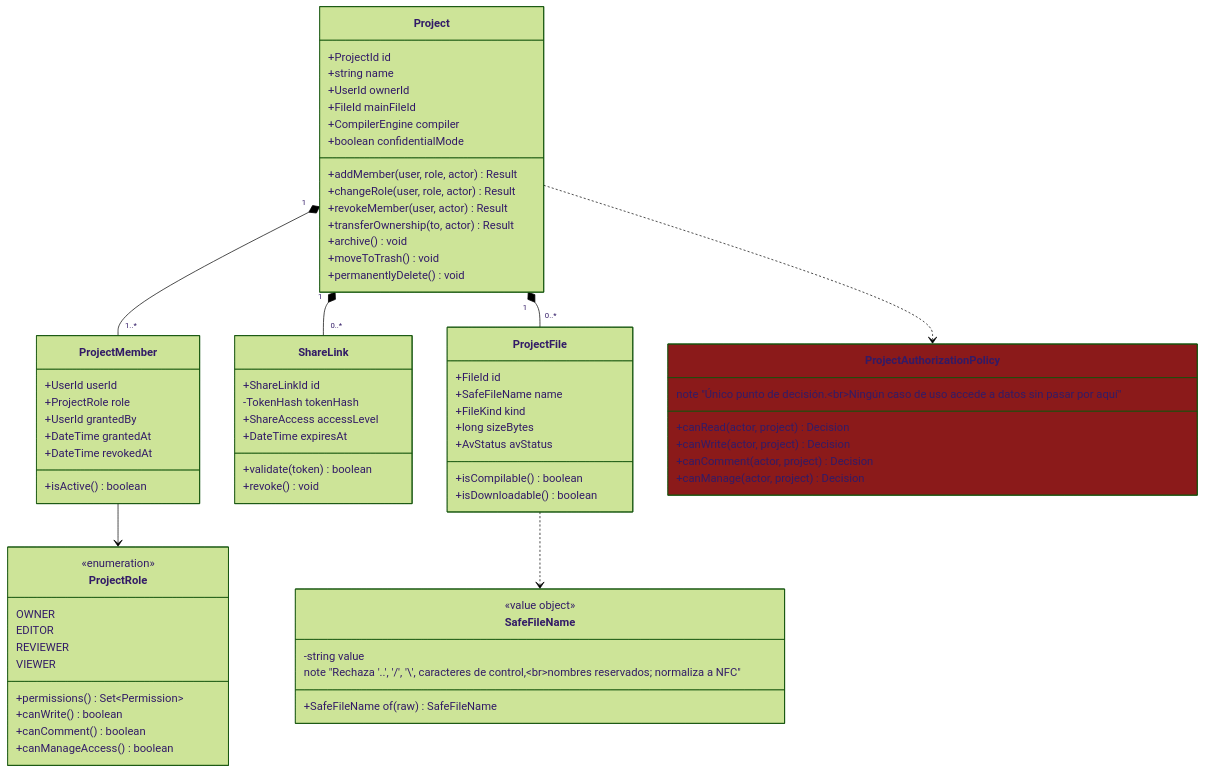
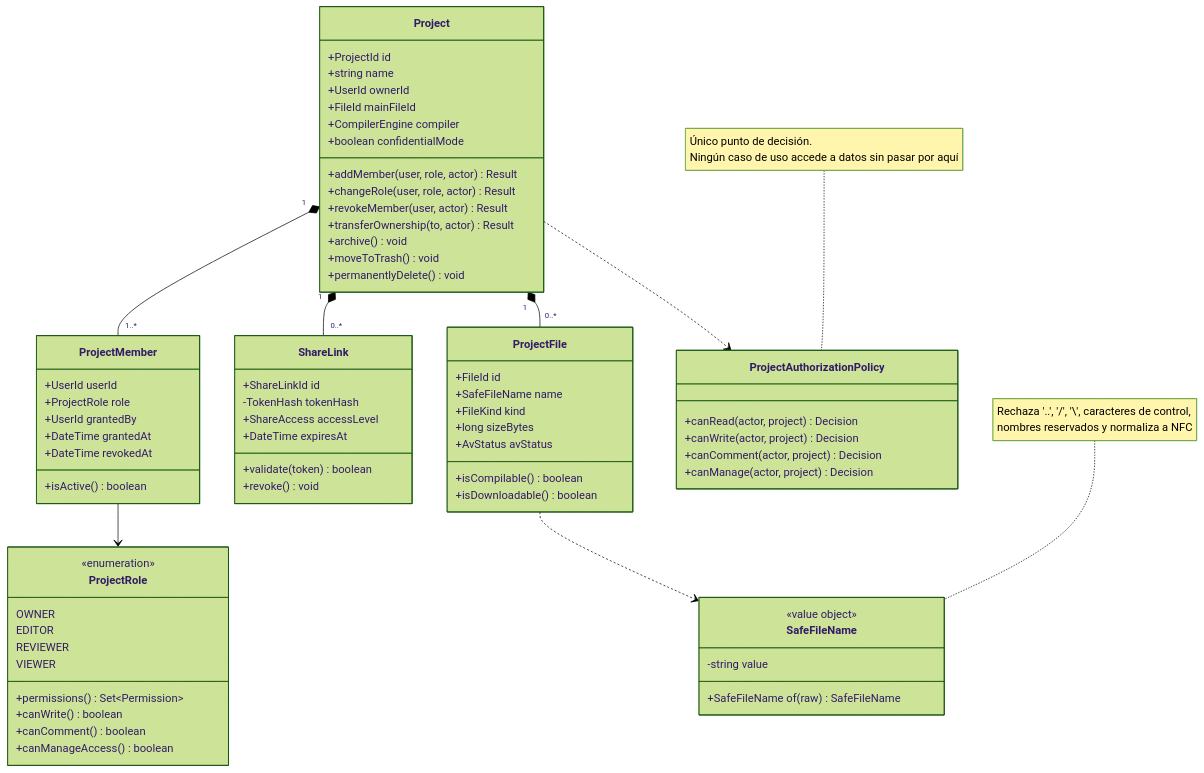
The third of 22 diagrams in docs/docs/08-Diagramas-UML.md (SecurTex-Devs/securetex), drawn with Mermaid (forest theme) before and after one commit. The commit also changed other lines of this file and 5 other files, not shown here.

Commit message:
fix(docs): valida diagramas y registra la revisión local

````diff
--- a/docs/docs/08-Diagramas-UML.md
+++ b/docs/docs/08-Diagramas-UML.md
@@ -173,82 +173,82 @@
 ```mermaid
 classDiagram
     class Project {
         +ProjectId id
         +string name
         +UserId ownerId
         +FileId mainFileId
         +CompilerEngine compiler
         +boolean confidentialMode
         +addMember(user, role, actor) Result
         +changeRole(user, role, actor) Result
         +revokeMember(user, actor) Result
         +transferOwnership(to, actor) Result
         +archive() void
         +moveToTrash() void
         +permanentlyDelete() void
     }
 
     class ProjectMember {
         +UserId userId
         +ProjectRole role
         +UserId grantedBy
         +DateTime grantedAt
         +DateTime revokedAt
         +isActive() boolean
     }
 
     class ProjectRole {
         <<enumeration>>
         OWNER
         EDITOR
         REVIEWER
         VIEWER
         +permissions() Set~Permission~
         +canWrite() boolean
         +canComment() boolean
         +canManageAccess() boolean
     }
 
     class ShareLink {
         +ShareLinkId id
         -TokenHash tokenHash
         +ShareAccess accessLevel
         +DateTime expiresAt
         +validate(token) boolean
         +revoke() void
     }
 
     class ProjectFile {
         +FileId id
         +SafeFileName name
         +FileKind kind
         +long sizeBytes
         +AvStatus avStatus
         +isCompilable() boolean
         +isDownloadable() boolean
     }
 
     class SafeFileName {
         <<value object>>
         -string value
         +SafeFileName of(raw) SafeFileName
-        note "Rechaza '..', '/', '\\', caracteres de control,<br/>nombres reservados; normaliza a NFC"
     }
+    note for SafeFileName "Rechaza '..', '/', '\\', caracteres de control,<br/>nombres reservados y normaliza a NFC"
 
     class ProjectAuthorizationPolicy {
         +canRead(actor, project) Decision
         +canWrite(actor, project) Decision
         +canComment(actor, project) Decision
         +canManage(actor, project) Decision
-        note "Único punto de decisión.<br/>Ningún caso de uso accede a datos sin pasar por aquí"
     }
+    note for ProjectAuthorizationPolicy "Único punto de decisión.<br/>Ningún caso de uso accede a datos sin pasar por aquí"
 
     Project "1" *-- "1..*" ProjectMember
     Project "1" *-- "0..*" ShareLink
     Project "1" *-- "0..*" ProjectFile
     ProjectMember --> ProjectRole
     ProjectFile ..> SafeFileName
     Project ..> ProjectAuthorizationPolicy
 
-    style ProjectAuthorizationPolicy fill:#8b1a1a
+    cssClass "ProjectAuthorizationPolicy" security
 ```
````
